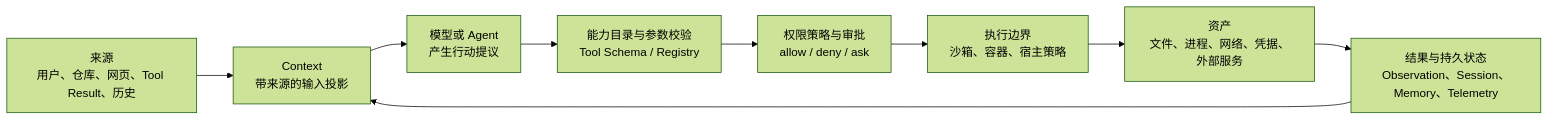
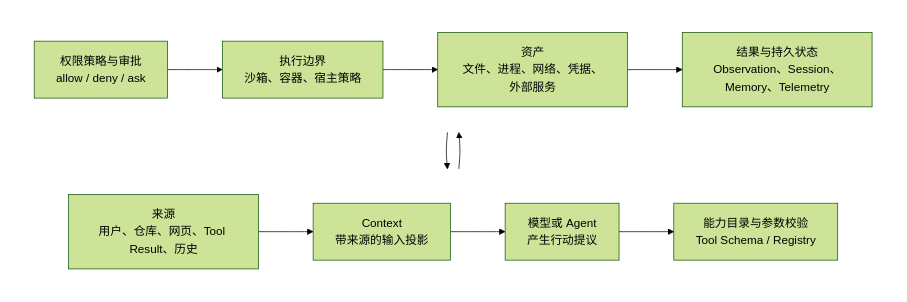
Before and after one commit to specialpointcentral/harness: the first of 2 diagrams in docs/harness-survey/17_security_permissions_and_sandboxing.md, drawn with Mermaid (forest theme). The commit also changed other lines of this file and 18 other files, not shown here.

First line of the commit message:
docs: improve diagram layouts and tidy supporting files

````diff
--- a/docs/harness-survey/17_security_permissions_and_sandboxing.md
+++ b/docs/harness-survey/17_security_permissions_and_sandboxing.md
@@ -38,14 +38,23 @@
 ```mermaid
-flowchart LR
-  S[来源<br/>用户、仓库、网页、Tool Result、历史]
-  C[Context<br/>带来源的输入投影]
-  M[模型或 Agent<br/>产生行动提议]
-  K[能力目录与参数校验<br/>Tool Schema / Registry]
-  P[权限策略与审批<br/>allow / deny / ask]
-  E[执行边界<br/>沙箱、容器、宿主策略]
-  A[资产<br/>文件、进程、网络、凭据、外部服务]
-  R[结果与持久状态<br/>Observation、Session、Memory、Telemetry]
-
-  S --> C --> M --> K --> P --> E --> A
-  A --> R --> C
+flowchart TB
+  subgraph R1[" "]
+    direction LR
+    S[来源<br/>用户、仓库、网页、Tool Result、历史]
+    C[Context<br/>带来源的输入投影]
+    M[模型或 Agent<br/>产生行动提议]
+    K[能力目录与参数校验<br/>Tool Schema / Registry]
+    S --> C --> M --> K
+  end
+  subgraph R2[" "]
+    direction LR
+    P[权限策略与审批<br/>allow / deny / ask]
+    E[执行边界<br/>沙箱、容器、宿主策略]
+    A[资产<br/>文件、进程、网络、凭据、外部服务]
+    R[结果与持久状态<br/>Observation、Session、Memory、Telemetry]
+    P --> E --> A --> R
+  end
+  K --> P
+  R --> C
+  style R1 fill:none,stroke:none
+  style R2 fill:none,stroke:none
 ```
````
